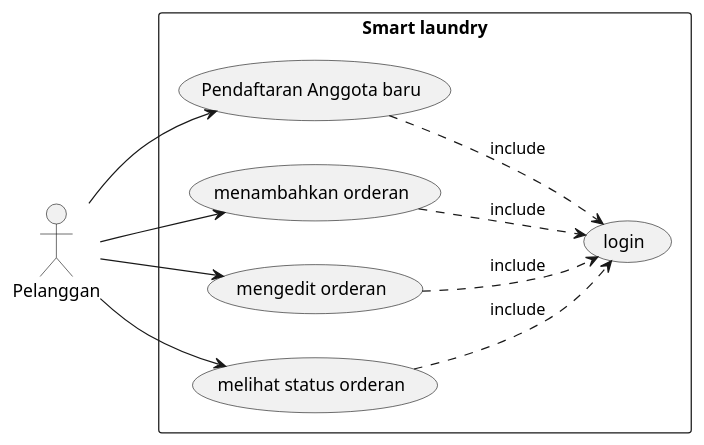
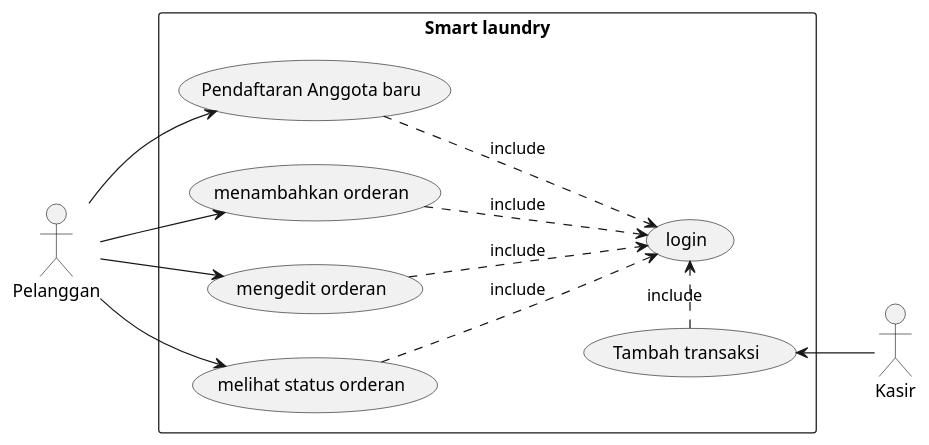
One commit to raisilhamn/UML_Pembangunan-Aplikasi-Enterprise changed the diagram in Smart Laundry.wsd. Above: the diagram before and after it, drawn with PlantUML. The commit also changed 1 other file, not shown here.

```diff
--- a/Smart Laundry.wsd
+++ b/Smart Laundry.wsd
@@ -1,26 +1,32 @@
 @startuml Smart_Laundry
 left to right direction
 skinparam packageStyle rectangle
 
 actor "Pelanggan" as p
+actor "Kasir" as k
 rectangle "Smart laundry" {
+
   usecase "login" as UC4
   usecase "Pendaftaran Anggota baru" as UC1
   usecase "menambahkan orderan" as UC2
   usecase "mengedit orderan" as UC3
   usecase "melihat status orderan" as UC5
-  
+  usecase "Tambah transaksi" as UC6
+
   UC1 ..> UC4 : include
   UC2 ..> UC4 : include
   UC3 ..> UC4 : include
   UC5 ..> UC4 : include
+  
+  UC6 .> UC4 : include
+
+  UC6 <-- k
+  
+  p --> UC1
+  p --> UC2
+  p --> UC3
+  p --> UC5
 
 }
-p --> UC1
-p --> UC2
-p --> UC3
-p --> UC5
-
-
 
 @enduml
```
